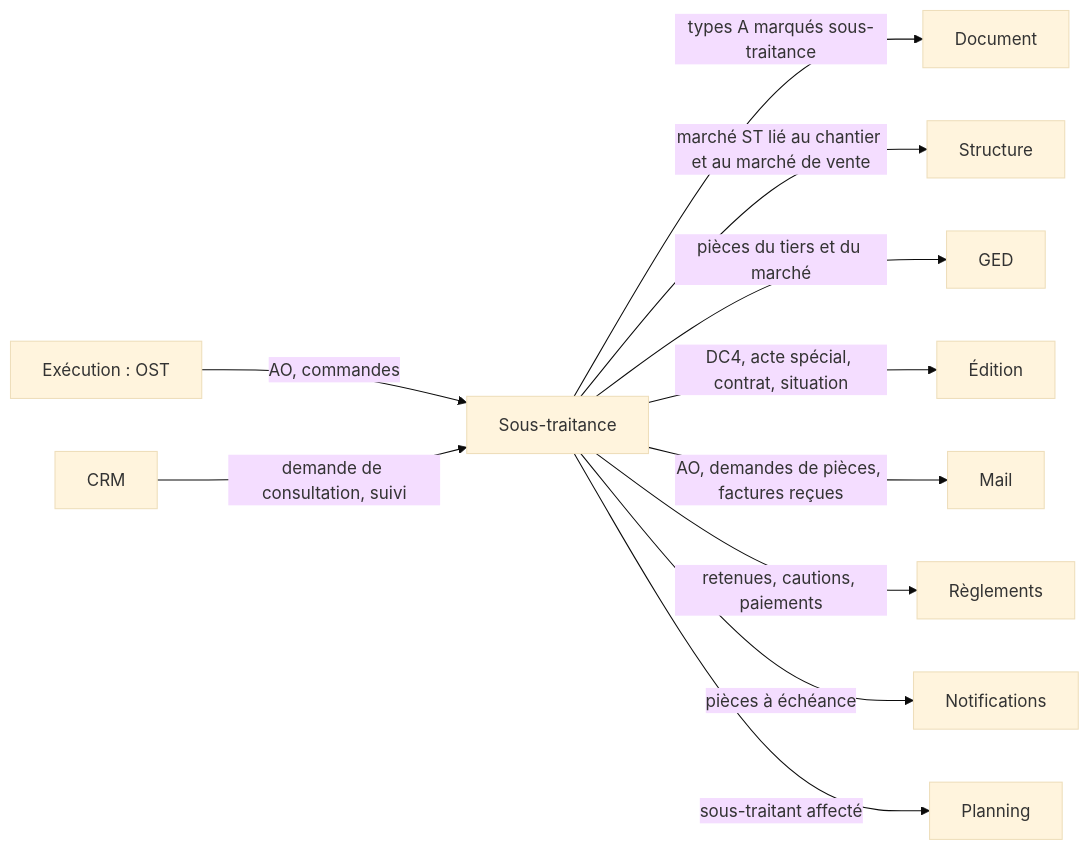
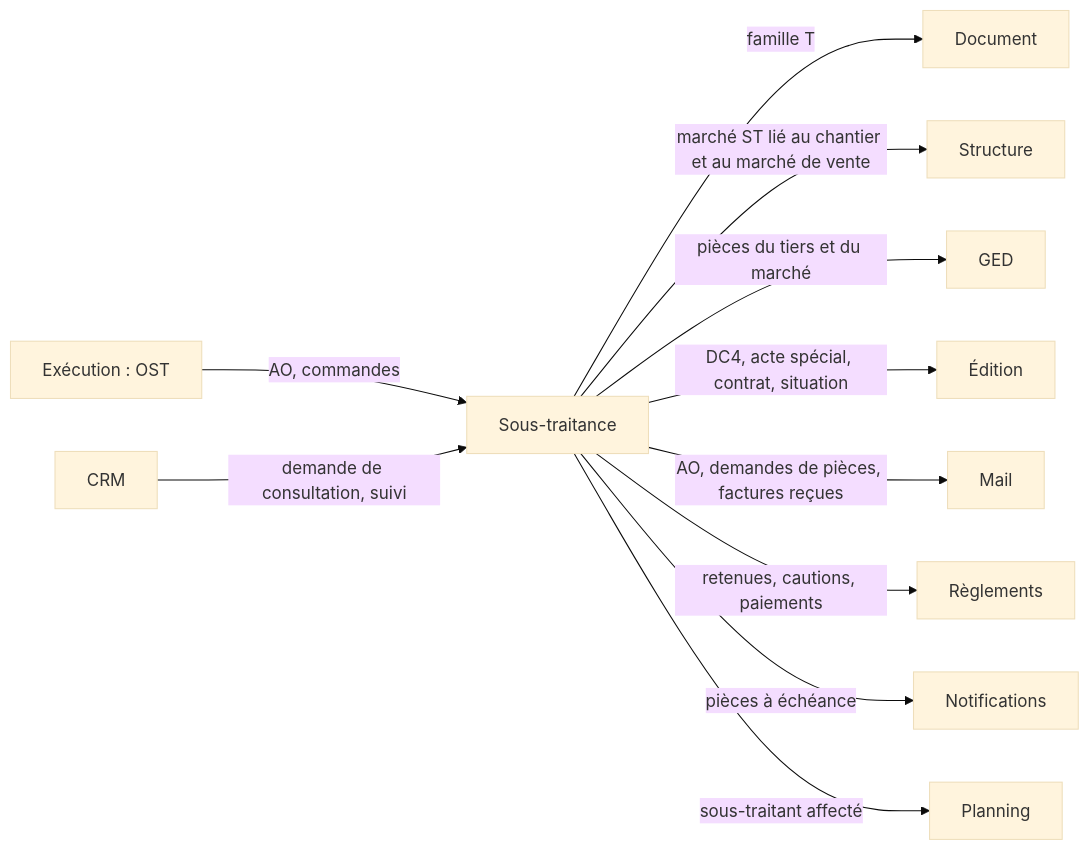
The diagram in documentation/conception/ANALYSE-MODULE-SOUS-TRAITANCE.md (nerenos/LogiBTP), drawn with Mermaid (base theme) before and after one commit. The commit also changed other lines of this file and 2 other files, not shown here.

Commit message:
Analyses Sous-traitance et Exécution : décisions ST1 à ST20 et E25 à E40 reportées (famille T, axes de facturation, marchés publics / privés, lot de consultation commun aux achats, N+1, désactivation d'un type) ; relecture : questions ST21 à ST32 et E41 à E50

````diff
--- a/documentation/conception/ANALYSE-MODULE-SOUS-TRAITANCE.md
+++ b/documentation/conception/ANALYSE-MODULE-SOUS-TRAITANCE.md
@@ -151,13 +172,13 @@
 ```mermaid
 graph LR
-  ST[Sous-traitance] -->|types A marqués sous-traitance| Document
+  ST[Sous-traitance] -->|famille T| Document
   ST -->|marché ST lié au chantier et au marché de vente| Structure
   ST -->|pièces du tiers et du marché| GED
   ST -->|DC4, acte spécial, contrat, situation| Edition[Édition]
   ST -->|AO, demandes de pièces, factures reçues| Mail
   ST -->|retenues, cautions, paiements| Reglements[Règlements]
   ST -->|pièces à échéance| Notifications
   Exe[Exécution : OST] -->|AO, commandes| ST
   CRM -->|demande de consultation, suivi| ST
   ST -->|sous-traitant affecté| Planning
 ```
````
